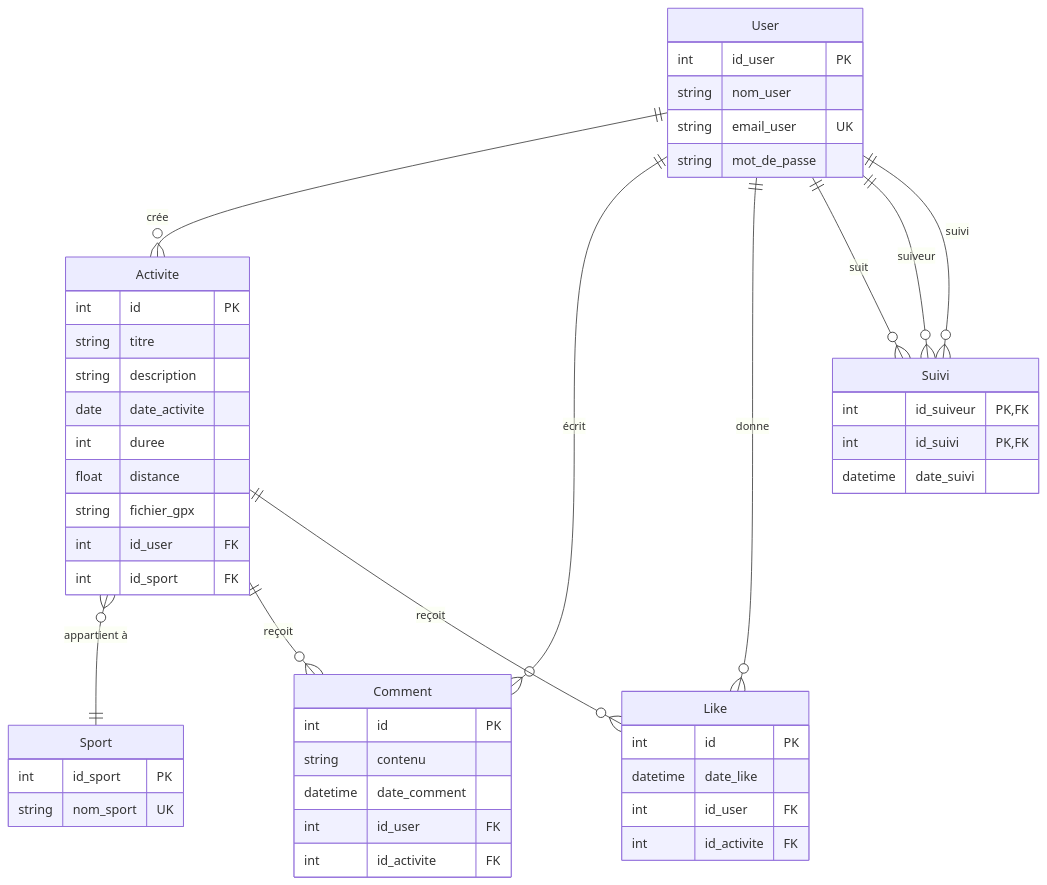
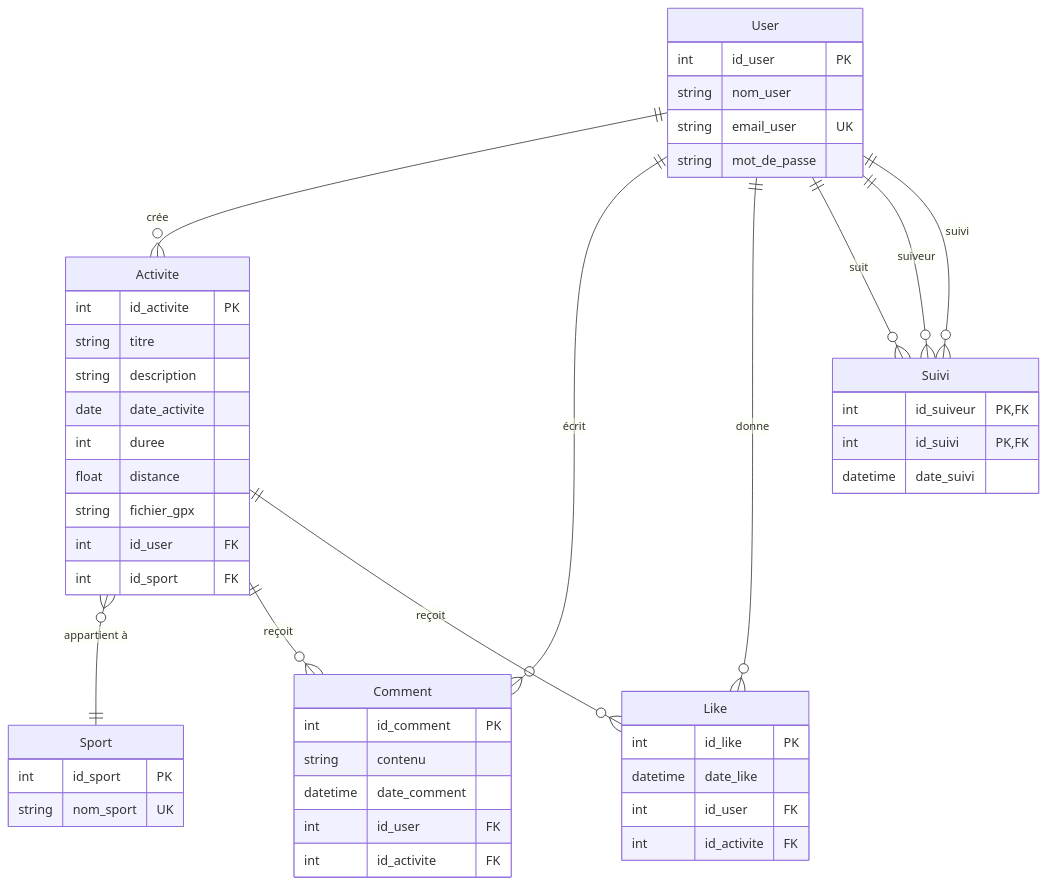
Before and after one commit to TeodoraHub/Info-2A-Strava: the diagram in modèle_physique_données.md, drawn with Mermaid.

````diff
--- a/modèle_physique_données.md
+++ b/modèle_physique_données.md
@@ -1,61 +1,61 @@
 ```mermaid
 erDiagram
     User {
         int id_user PK
         string nom_user
         string email_user UK
         string mot_de_passe
     }
 
     Sport {
         int id_sport PK
         string nom_sport UK
     }
 
     Activite {
-        int id PK
+        int id_activite PK
         string titre
         string description
         date date_activite
         int duree
         float distance
         string fichier_gpx
         int id_user FK
         int id_sport FK
     }
 
     Comment {
-        int id PK
+        int id_comment PK
         string contenu
         datetime date_comment
         int id_user FK
         int id_activite FK
     }
 
     Like {
-        int id PK
+        int id_like PK
         datetime date_like
         int id_user FK
         int id_activite FK
     }
 
     Suivi {
         int id_suiveur PK, FK
         int id_suivi PK, FK
         datetime date_suivi
     }
 
 
     %% Relations
     User ||--o{ Activite : "crée"
     User ||--o{ Comment : "écrit"
     User ||--o{ Like : "donne"
     User ||--o{ Suivi : "suit"
 
     Activite }o--|| Sport : "appartient à"
     Activite ||--o{ Comment : "reçoit"
     Activite ||--o{ Like : "reçoit"
 
     Suivi }o--|| User : "suiveur"
     Suivi }o--|| User : "suivi"
 ```
````
